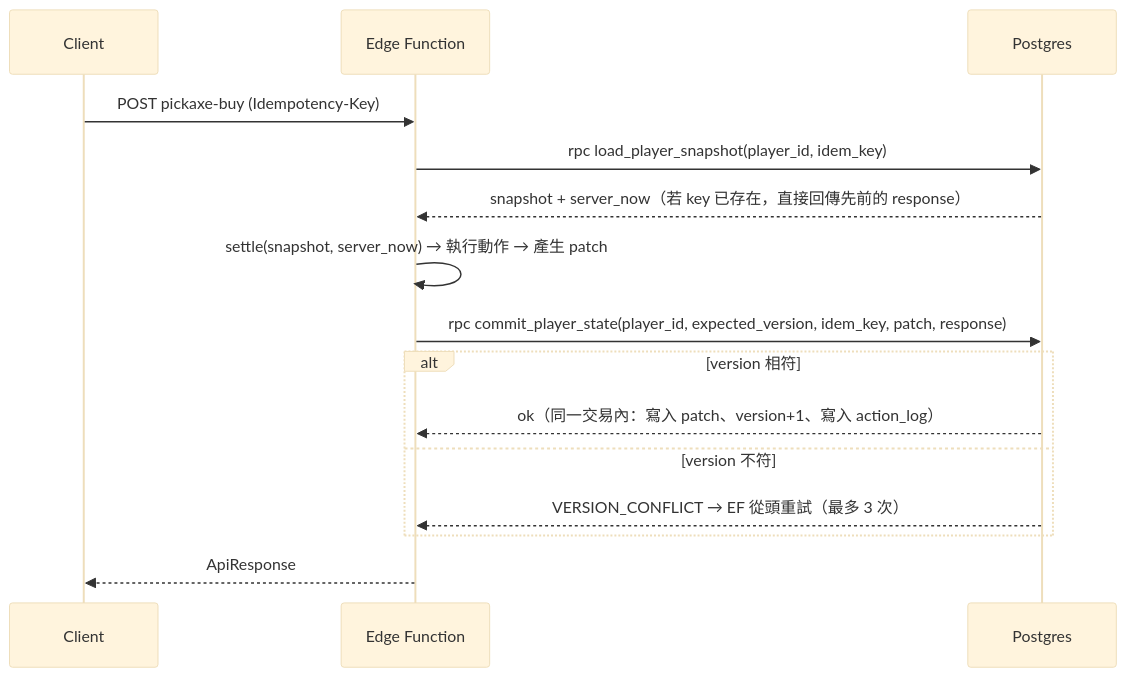
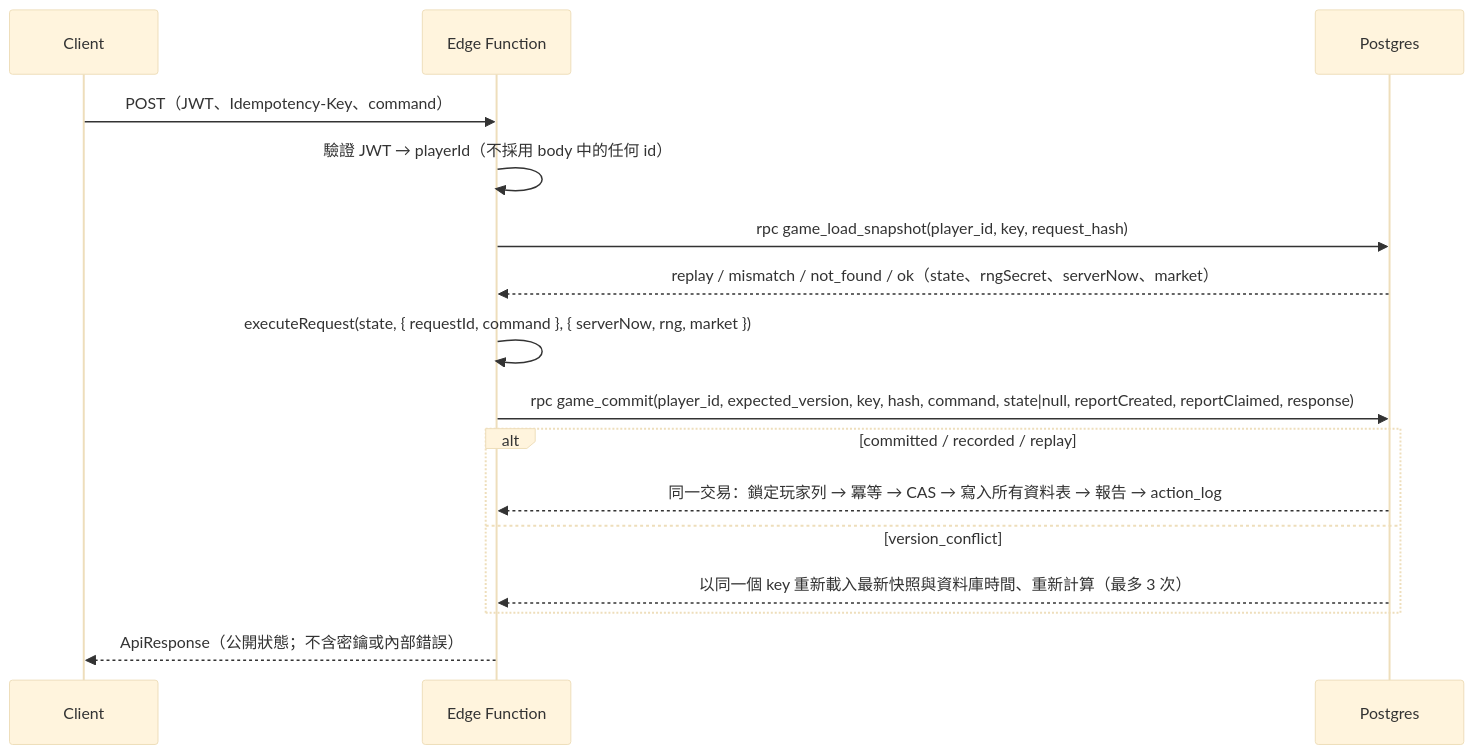
One commit to JohnsonHuang555/mining-expedition changed the second of 3 diagrams in docs/TECHNICAL_SPEC.md. Above: the diagram before and after it, drawn with Mermaid (base theme). The commit also changed other lines of this file and 2 other files, not shown here.

First line of the commit message:
docs: TECHNICAL_SPEC v1.6 schema/RLS/RPC/conversion and integration tests; README

````diff
--- a/docs/TECHNICAL_SPEC.md
+++ b/docs/TECHNICAL_SPEC.md
@@ -488,17 +532,18 @@
 ```mermaid
 sequenceDiagram
     participant C as Client
     participant EF as Edge Function
     participant DB as Postgres
-    C->>EF: POST pickaxe-buy (Idempotency-Key)
-    EF->>DB: rpc load_player_snapshot(player_id, idem_key)
-    DB-->>EF: snapshot + server_now（若 key 已存在，直接回傳先前的 response）
-    EF->>EF: settle(snapshot, server_now) → 執行動作 → 產生 patch
-    EF->>DB: rpc commit_player_state(player_id, expected_version, idem_key, patch, response)
-    alt version 相符
-        DB-->>EF: ok（同一交易內：寫入 patch、version+1、寫入 action_log）
-    else version 不符
-        DB-->>EF: VERSION_CONFLICT → EF 從頭重試（最多 3 次）
+    C->>EF: POST（JWT、Idempotency-Key、command）
+    EF->>EF: 驗證 JWT → playerId（不採用 body 中的任何 id）
+    EF->>DB: rpc game_load_snapshot(player_id, key, request_hash)
+    DB-->>EF: replay / mismatch / not_found / ok（state、rngSecret、serverNow、market）
+    EF->>EF: executeRequest(state, { requestId, command }, { serverNow, rng, market })
+    EF->>DB: rpc game_commit(player_id, expected_version, key, hash, command, state|null, reportCreated, reportClaimed, response)
+    alt committed / recorded / replay
+        DB-->>EF: 同一交易：鎖定玩家列 → 冪等 → CAS → 寫入所有資料表 → 報告 → action_log
+    else version_conflict
+        DB-->>EF: 以同一個 key 重新載入最新快照與資料庫時間、重新計算（最多 3 次）
     end
-    EF-->>C: ApiResponse
+    EF-->>C: ApiResponse（公開狀態；不含密鑰或內部錯誤）
 ```
````
